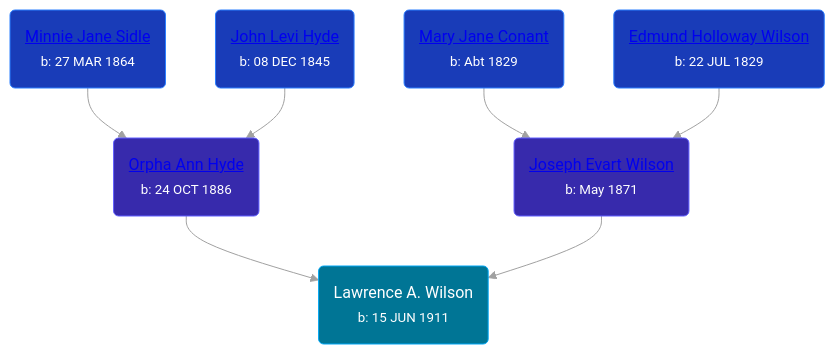
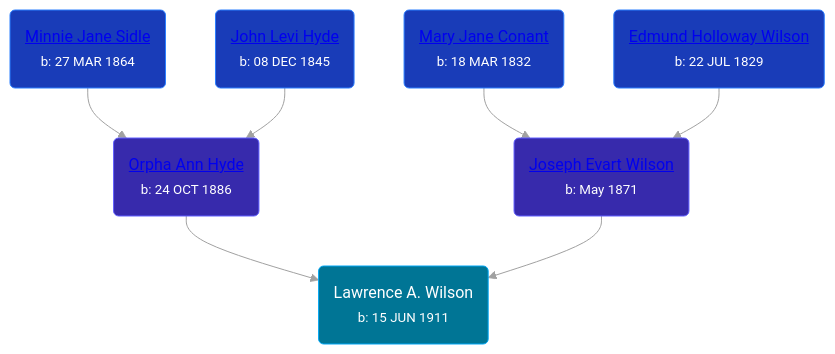
The diagram in pages/people/8/86477632.md (wpmgotkh/wpmgotkh.github.io), drawn with Mermaid before and after one commit. The commit also changed 257 other files, not shown here.

````diff
--- a/pages/people/8/86477632.md
+++ b/pages/people/8/86477632.md
@@ -11,14 +11,14 @@
 ```mermaid
 graph
 classDef grands fill:#193cb8,stroke:#2b7fff,stroke-width:1px,color:#fff;
 classDef parents fill:#372aac,stroke:#615fff,stroke-width:1px,color:#fff;
 classDef primary fill:#007595,stroke:#00a6f4,stroke-width:1px,color:#fff;
 86477632(Lawrence A. Wilson<br /><small>b: 15 JUN 1911</small>):::primary
 63932813(<a class="text-white" href="/people/6/63932813">Orpha Ann Hyde</a><br /><small>b: 24 OCT 1886</small>):::parents-->86477632
 73883806(<a class="text-white" href="/people/7/73883806">Minnie Jane Sidle</a><br /><small>b: 27 MAR 1864</small>):::grands-->63932813
 23020300(<a class="text-white" href="/people/2/23020300">John Levi Hyde</a><br /><small>b: 08 DEC 1845</small>):::grands-->63932813
 57306025(<a class="text-white" href="/people/5/57306025">Joseph Evart Wilson</a><br /><small>b: May 1871</small>):::parents-->86477632
-27722232(<a class="text-white" href="/people/2/27722232">Mary Jane Conant</a><br /><small>b: Abt 1829</small>):::grands-->57306025
+27722232(<a class="text-white" href="/people/2/27722232">Mary Jane Conant</a><br /><small>b: 18 MAR 1832</small>):::grands-->57306025
 67777324(<a class="text-white" href="/people/6/67777324">Edmund Holloway Wilson</a><br /><small>b: 22 JUL 1829</small>):::grands-->57306025
 linkStyle default stroke:#a1a1a1
 ```
````
